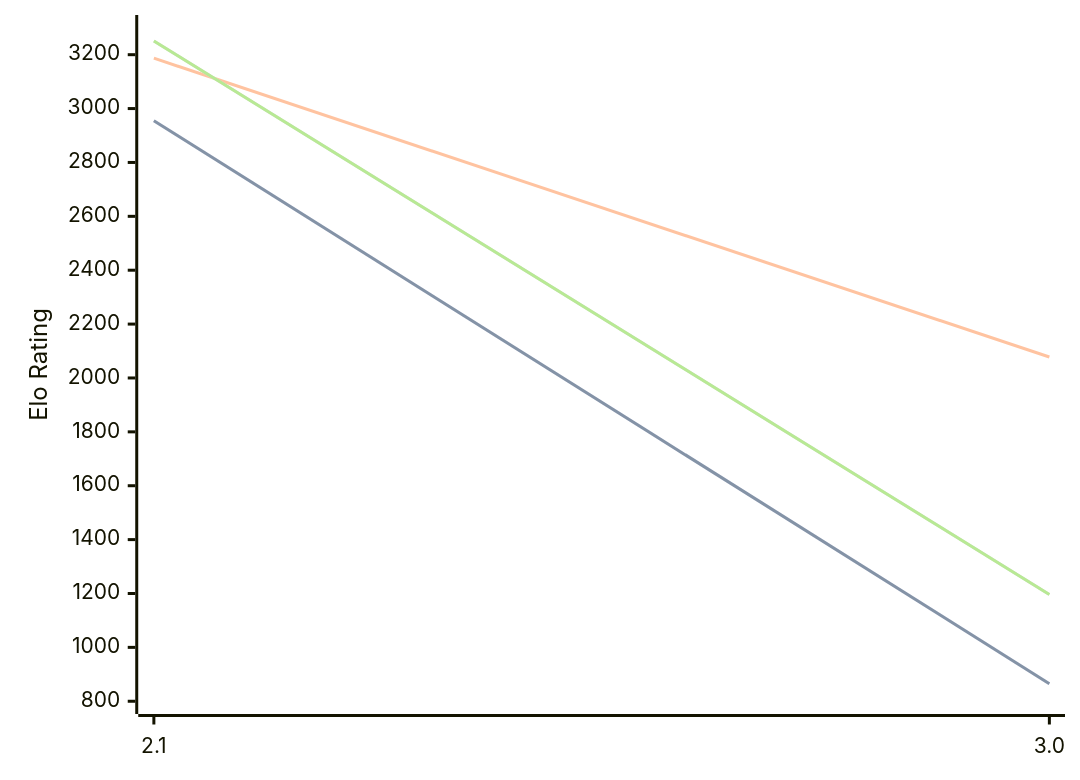
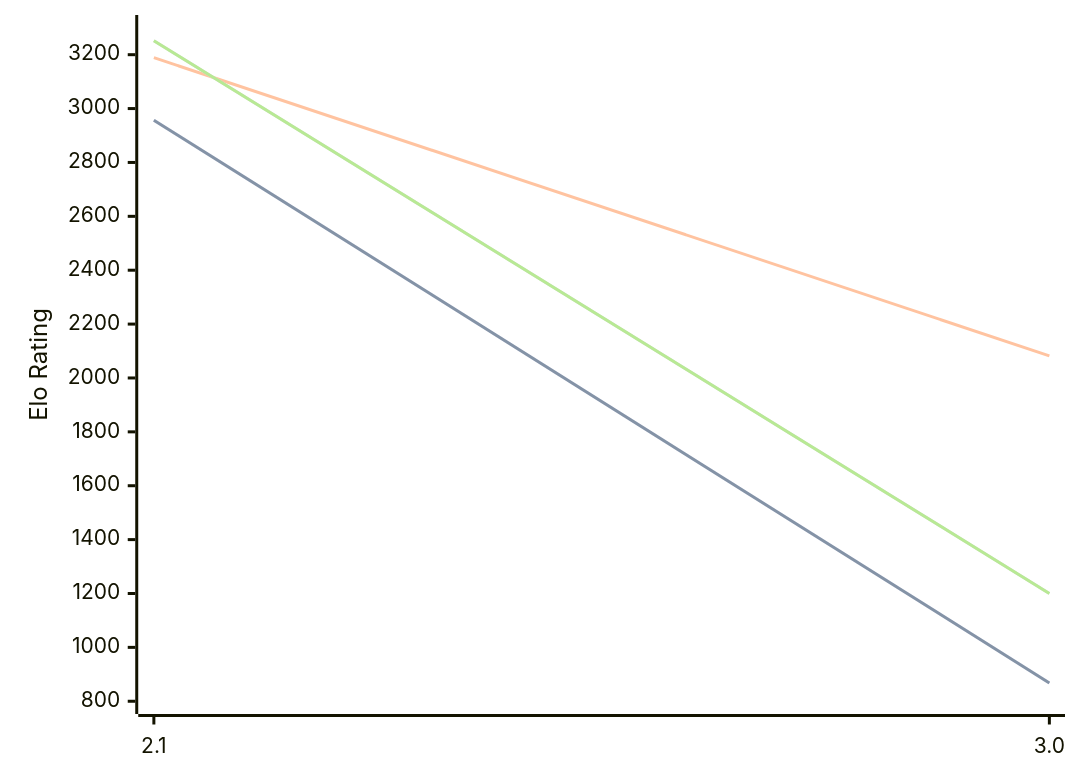
The diagram in engines/Quirky.md (computer-chess-index/cci), drawn with Mermaid before and after one commit. The commit also changed other lines of this file, not shown here.

Commit message:
Update CCI Ratings (ELO VLTC) - 2026-08-26

````diff
--- a/engines/Quirky.md
+++ b/engines/Quirky.md
@@ -32,11 +32,11 @@
 ```mermaid
 %%{init: {"theme":"base","themeVariables":{"seriesColors:['#a3a3a3','#222221','#faa371']}}}%%
 xychart-beta
   x-axis ["2.1", "3.0"]
   y-axis "Elo Rating" 800 --> 3300
-  line "STC (8.0+0.08s)" [2955, 865]
-  line "STC (8.0+0.08s)" [2955, 865]
-  line "LTC (60.0+0.60s)" [3187, 2078]
-  line "VLTC (2m24s+1.12s)" [3251, 1196]
-  line "VLTC (2m24s+1.12s)" [3251, 1196]
+  line "STC (8.0+0.08s)" [2957, 868]
+  line "STC (8.0+0.08s)" [2957, 868]
+  line "LTC (60.0+0.60s)" [3189, 2082]
+  line "VLTC (2m24s+1.12s)" [3252, 1200]
+  line "VLTC (2m24s+1.12s)" [3252, 1200]
 ```
````
